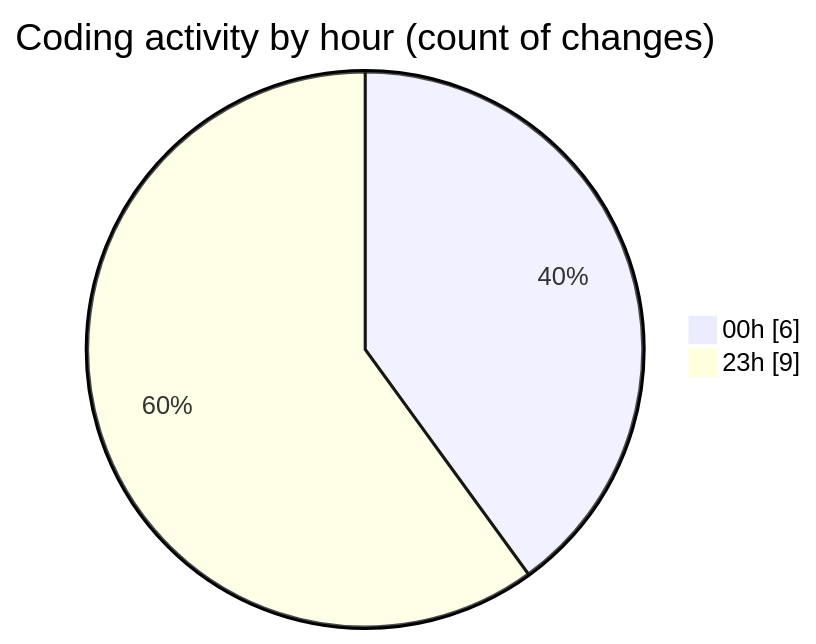
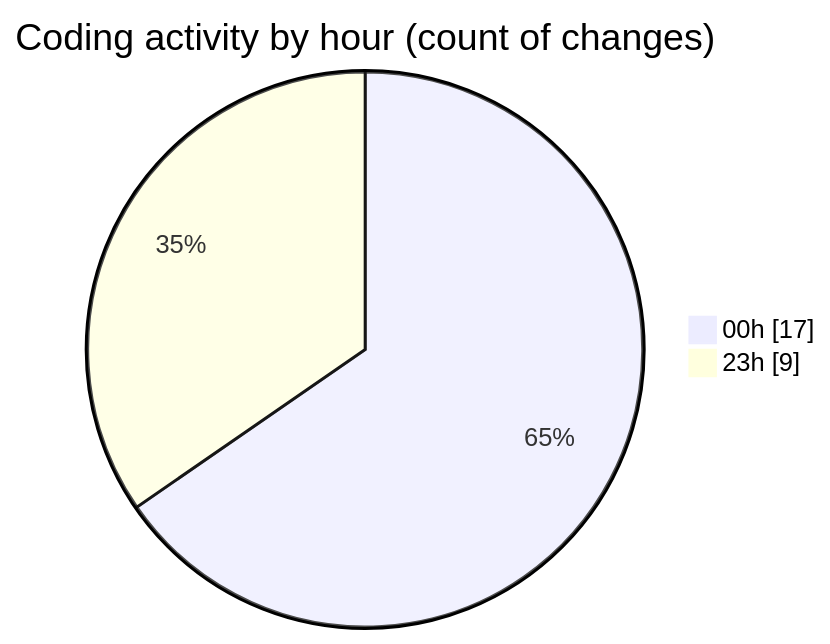
Before and after one commit to Ritupan-Deka/code-tracking: the second of 2 diagrams in 2025-07-20/mern-workoutboard/README.md, drawn with Mermaid. The commit also changed other lines of this file and 1 other file, not shown here.

````diff
--- a/2025-07-20/mern-workoutboard/README.md
+++ b/2025-07-20/mern-workoutboard/README.md
@@ -28,6 +29,6 @@
 ```mermaid
 pie showData
 title Coding activity by hour (count of changes)
-"00h" : 6
+"00h" : 17
 "23h" : 9
 ```
````
